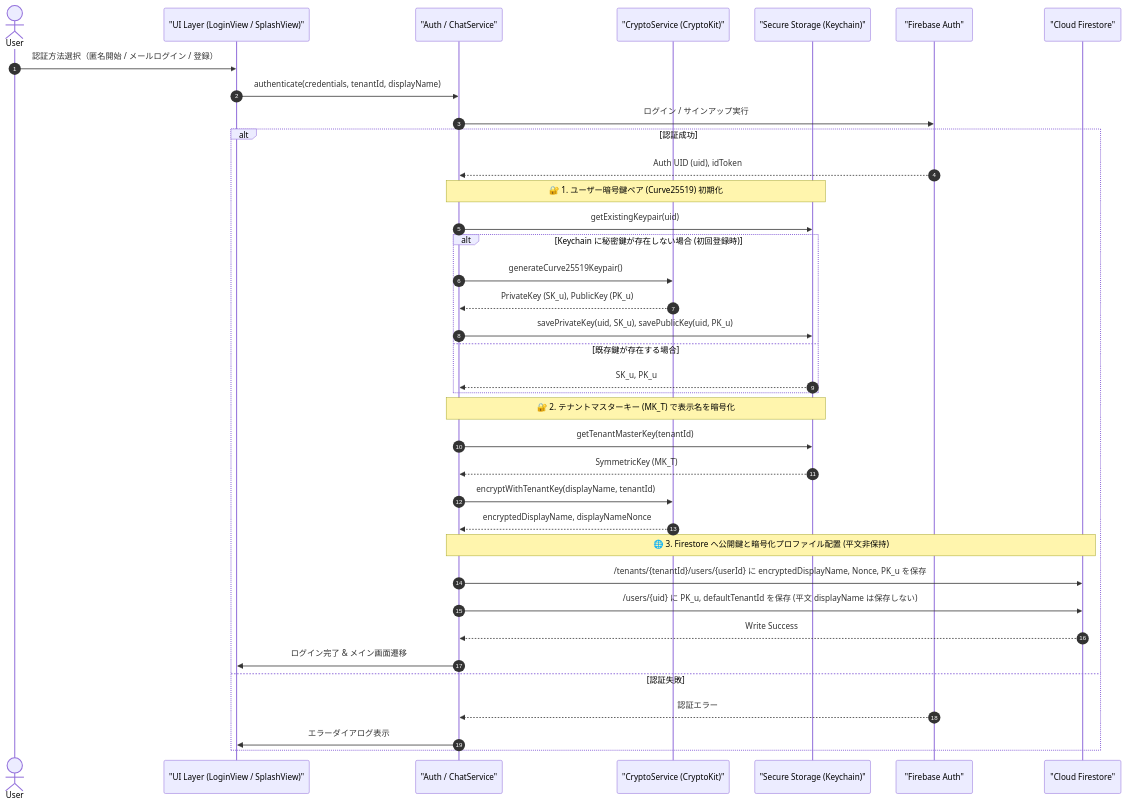
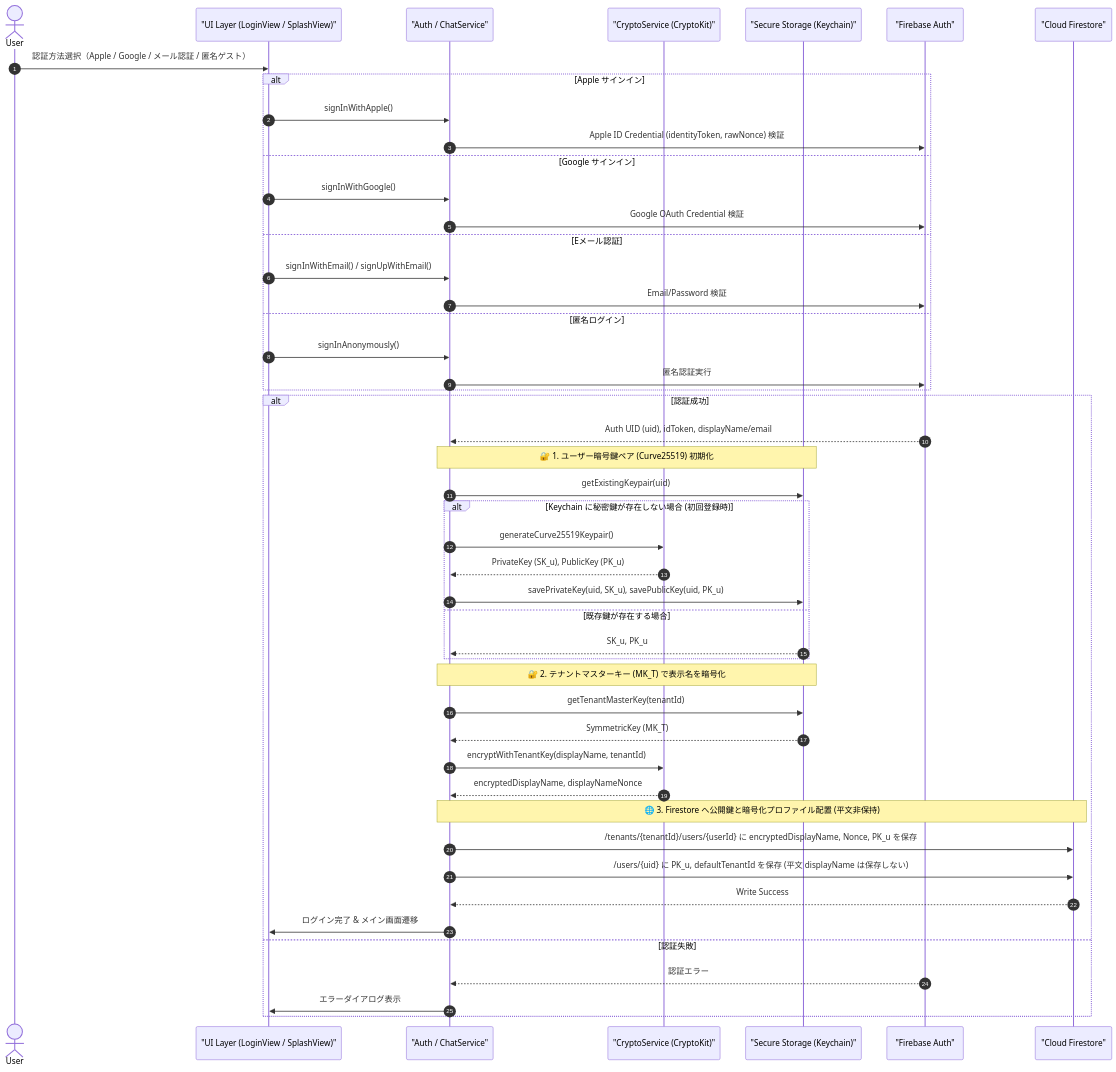
The diagram in doc/07-detailed-usecases/07-02-user-registration-login.md (kantowork/friends), drawn with Mermaid before and after one commit. The commit also changed other lines of this file and 57 other files, not shown here.

````diff
--- a/doc/07-detailed-usecases/07-02-user-registration-login.md
+++ b/doc/07-detailed-usecases/07-02-user-registration-login.md
@@ -10,46 +10,57 @@
 ```mermaid
 sequenceDiagram
     autonumber
     actor User
     participant UI as "UI Layer (LoginView / SplashView)"
     participant AuthController as "Auth / ChatService"
     participant CryptoService as "CryptoService (CryptoKit)"
     participant Keychain as "Secure Storage (Keychain)"
     participant FirebaseAuth as "Firebase Auth"
     participant Firestore as "Cloud Firestore"
 
-    User->>UI: 認証方法選択（匿名開始 / メールログイン / 登録）
-    UI->>AuthController: authenticate(credentials, tenantId, displayName)
-    AuthController->>FirebaseAuth: ログイン / サインアップ実行
+    User->>UI: 認証方法選択（Apple / Google / メール認証 / 匿名ゲスト）
+    alt Apple サインイン
+        UI->>AuthController: signInWithApple()
+        AuthController->>FirebaseAuth: Apple ID Credential (identityToken, rawNonce) 検証
+    else Google サインイン
+        UI->>AuthController: signInWithGoogle()
+        AuthController->>FirebaseAuth: Google OAuth Credential 検証
+    else Eメール認証
+        UI->>AuthController: signInWithEmail() / signUpWithEmail()
+        AuthController->>FirebaseAuth: Email/Password 検証
+    else 匿名ログイン
+        UI->>AuthController: signInAnonymously()
+        AuthController->>FirebaseAuth: 匿名認証実行
+    end
 
     alt 認証成功
-        FirebaseAuth-->>AuthController: Auth UID (uid), idToken
+        FirebaseAuth-->>AuthController: Auth UID (uid), idToken, displayName/email
         
         Note over AuthController,Keychain: 🔐 1. ユーザー暗号鍵ペア (Curve25519) 初期化
         AuthController->>Keychain: getExistingKeypair(uid)
         
         alt Keychain に秘密鍵が存在しない場合 (初回登録時)
             AuthController->>CryptoService: generateCurve25519Keypair()
             CryptoService-->>AuthController: PrivateKey (SK_u), PublicKey (PK_u)
             AuthController->>Keychain: savePrivateKey(uid, SK_u), savePublicKey(uid, PK_u)
         else 既存鍵が存在する場合
             Keychain-->>AuthController: SK_u, PK_u
         end
 
         Note over AuthController,Keychain: 🔐 2. テナントマスターキー (MK_T) で表示名を暗号化
         AuthController->>Keychain: getTenantMasterKey(tenantId)
         Keychain-->>AuthController: SymmetricKey (MK_T)
         AuthController->>CryptoService: encryptWithTenantKey(displayName, tenantId)
         CryptoService-->>AuthController: encryptedDisplayName, displayNameNonce
 
         Note over AuthController,Firestore: 🌐 3. Firestore へ公開鍵と暗号化プロファイル配置 (平文非保持)
         AuthController->>Firestore: /tenants/{tenantId}/users/{userId} に encryptedDisplayName, Nonce, PK_u を保存
         AuthController->>Firestore: /users/{uid} に PK_u, defaultTenantId を保存 (平文 displayName は保存しない)
         Firestore-->>AuthController: Write Success
 
         AuthController->>UI: ログイン完了 & メイン画面遷移
     else 認証失敗
         FirebaseAuth-->>AuthController: 認証エラー
         AuthController->>UI: エラーダイアログ表示
     end
 ```
````
